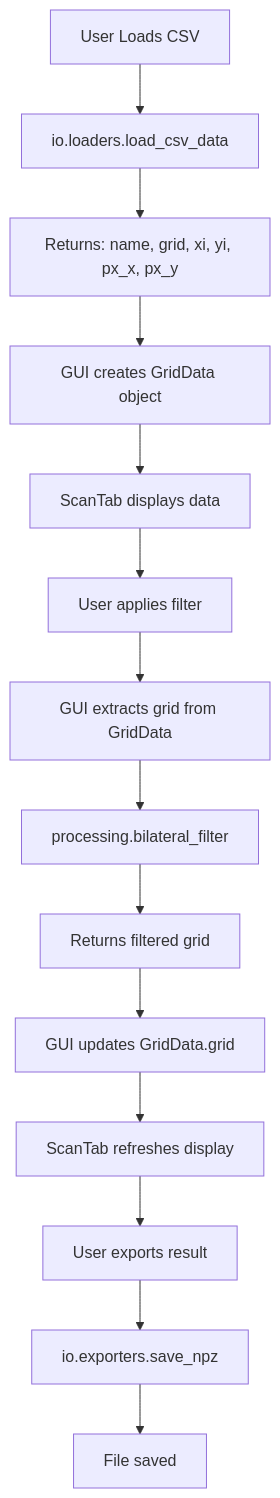
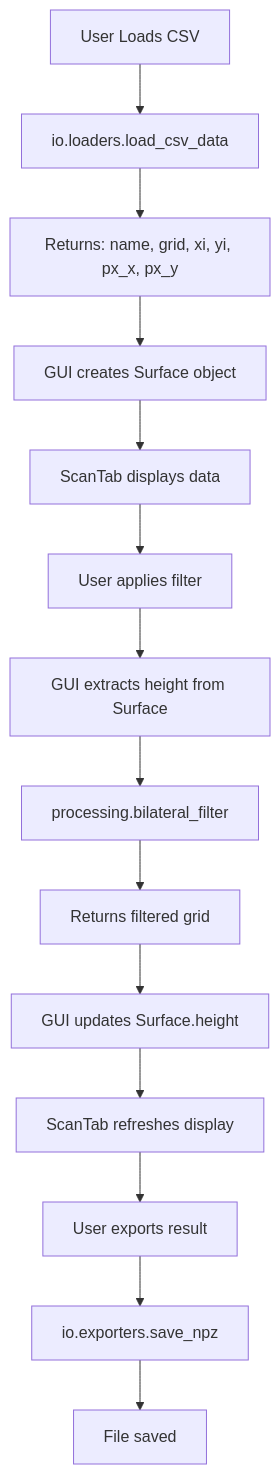
Before and after one commit to iitis/frasta: the first of 4 diagrams in ARCHITECTURE.md, drawn with Mermaid. The commit also changed other lines of this file and 22 other files, not shown here.

````diff
--- a/ARCHITECTURE.md
+++ b/ARCHITECTURE.md
@@ -310,16 +319,16 @@
 ```mermaid
 graph TD
     A[User Loads CSV] --> B[io.loaders.load_csv_data]
     B --> C[Returns: name, grid, xi, yi, px_x, px_y]
-    C --> D[GUI creates GridData object]
+    C --> D[GUI creates Surface object]
     D --> E[ScanTab displays data]
     E --> F[User applies filter]
-    F --> G[GUI extracts grid from GridData]
+    F --> G[GUI extracts height from Surface]
     G --> H[processing.bilateral_filter]
     H --> I[Returns filtered grid]
-    I --> J[GUI updates GridData.grid]
+    I --> J[GUI updates Surface.height]
     J --> K[ScanTab refreshes display]
     K --> L[User exports result]
     L --> M[io.exporters.save_npz]
     M --> N[File saved]
 ```
````
